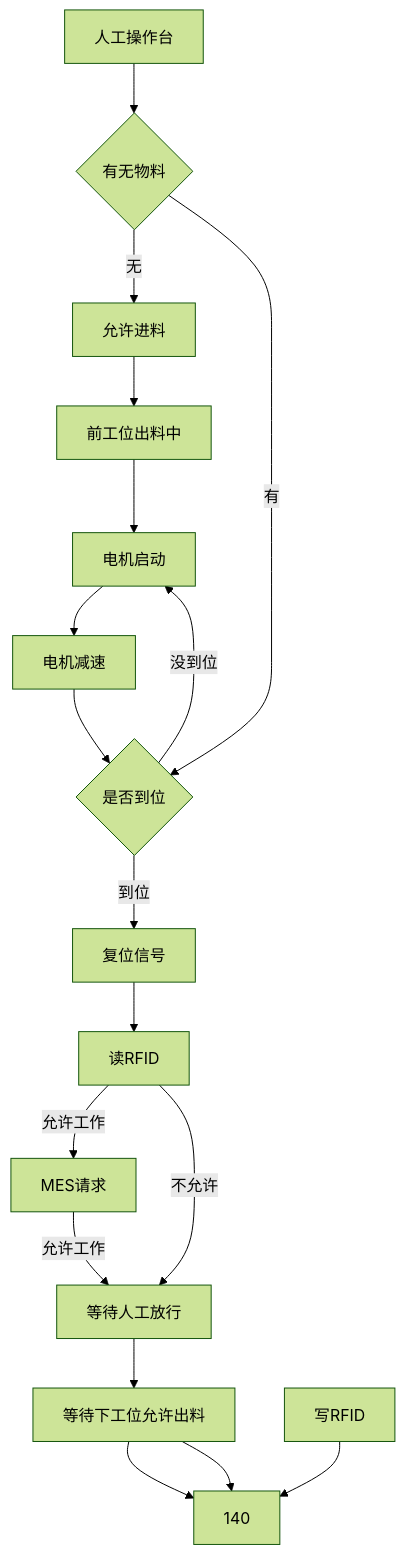
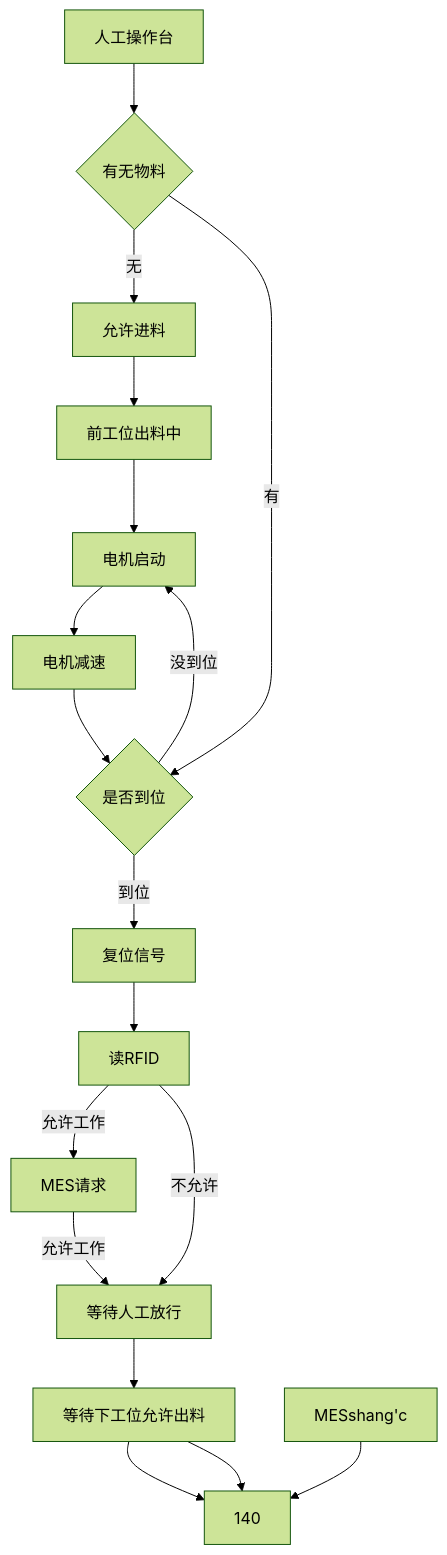
The diagram in all/未命名-4.md (PengKun1/iodraw-files), drawn with Mermaid (forest theme) before and after one commit.

Commit message:
2024-12-20 14:53:43 update

````diff
--- a/all/未命名-4.md
+++ b/all/未命名-4.md
@@ -1,21 +1,21 @@
 ```mermaid
 graph TD
 0[人工操作台]-->10
 10{有无物料}-->|无|20
 10-->|有|60
 20[允许进料]-->30
 30[前工位出料中]-->40
 40[电机启动]-->50
 50[电机减速]-->60
 60{是否到位}-->|到位|70
 60-->|没到位|40
 70[复位信号]-->80
 80[读RFID]-->|允许工作|90
 80-->|不允许|120
 90[MES请求]-->|允许工作|120
 
 120[等待人工放行]-->130
 130[写RFID]-->140
-150[写RFID]-->140
+150[MESshang'c]-->140
 130[等待下工位允许出料]-->140
 ```
````
